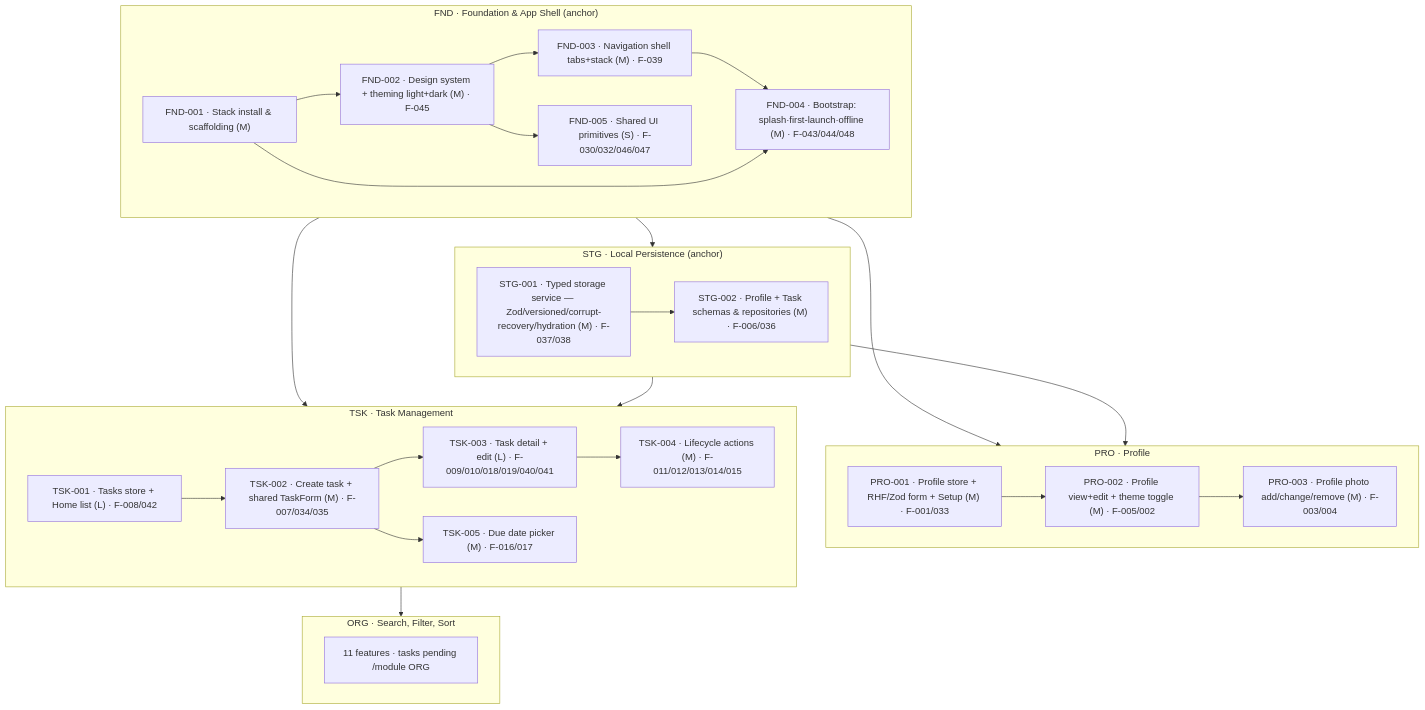
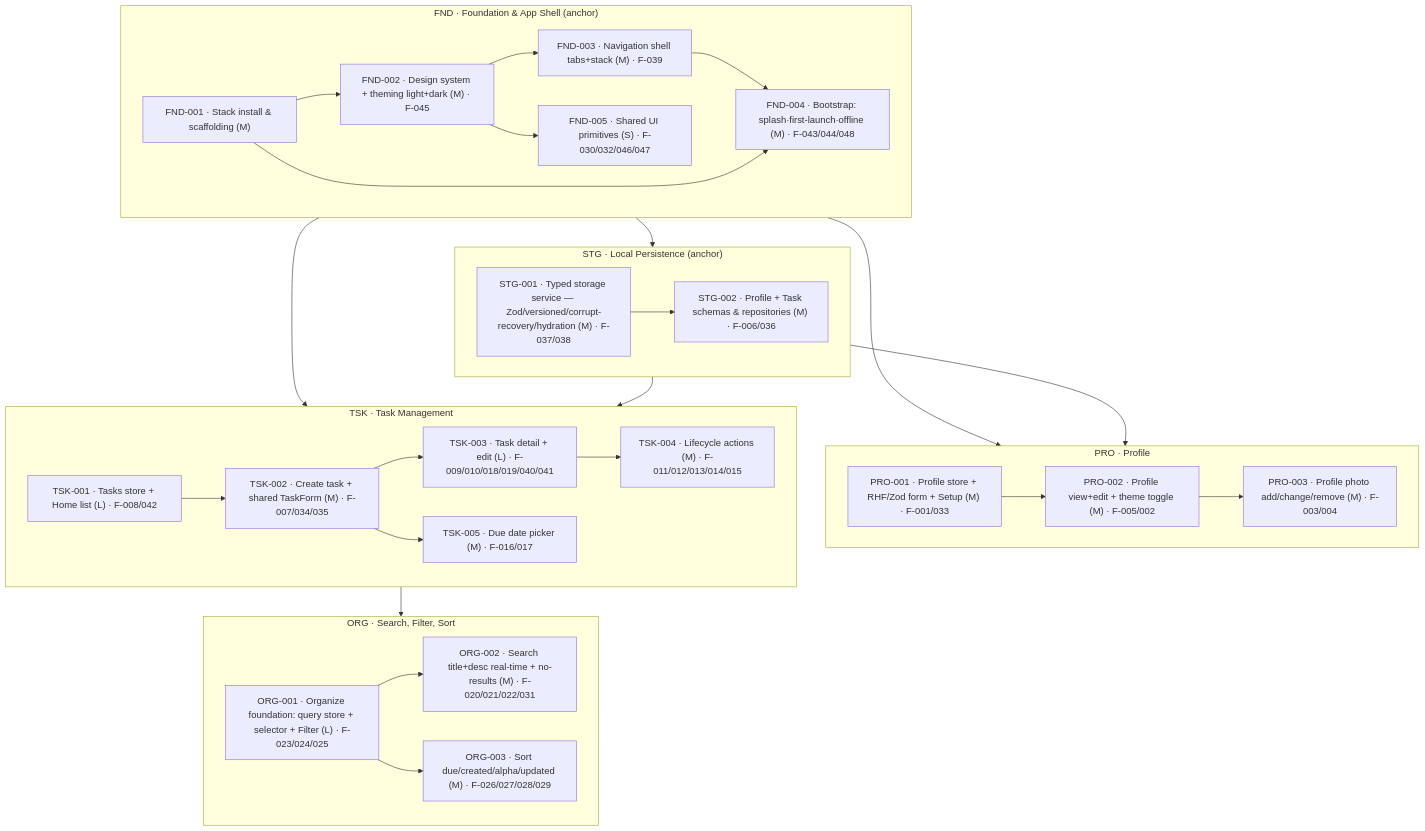
One commit to gourav-kashyap-brainspack/harness-todo-app changed the diagram in docs/graph/graph.mmd. Above: the diagram before and after it, drawn with Mermaid. The commit also changed 6 other files, not shown here.

First line of the commit message:
plan(ORG): module tasks + specs (query store/filter, search, sort) — final module

```diff
--- a/docs/graph/graph.mmd
+++ b/docs/graph/graph.mmd
@@ -1,53 +1,57 @@
 %% Task/build dependency graph — generated by the task-graph skill from docs/graph/modules.json.
 %% Module-level edges + FND task nodes (from /module FND). Other modules' tasks added by /module <id>.
 graph TD
   %% ---- Module dependency edges ----
   FND --> STG
   FND --> PRO
   FND --> TSK
   STG --> PRO
   STG --> TSK
   TSK --> ORG
 
   %% ---- FND tasks (planned) ----
   subgraph FND["FND · Foundation & App Shell (anchor)"]
     FND001["FND-001 · Stack install & scaffolding (M)"]
     FND002["FND-002 · Design system + theming light+dark (M) · F-045"]
     FND003["FND-003 · Navigation shell tabs+stack (M) · F-039"]
     FND004["FND-004 · Bootstrap: splash·first-launch·offline (M) · F-043/044/048"]
     FND005["FND-005 · Shared UI primitives (S) · F-030/032/046/047"]
     FND001 --> FND002
     FND002 --> FND003
     FND002 --> FND005
     FND003 --> FND004
     FND001 --> FND004
   end
 
   subgraph STG["STG · Local Persistence (anchor)"]
     STG001["STG-001 · Typed storage service — Zod/versioned/corrupt-recovery/hydration (M) · F-037/038"]
     STG002["STG-002 · Profile + Task schemas & repositories (M) · F-006/036"]
     STG001 --> STG002
   end
   subgraph PRO["PRO · Profile"]
     PRO001["PRO-001 · Profile store + RHF/Zod form + Setup (M) · F-001/033"]
     PRO002["PRO-002 · Profile view+edit + theme toggle (M) · F-005/002"]
     PRO003["PRO-003 · Profile photo add/change/remove (M) · F-003/004"]
     PRO001 --> PRO002
     PRO002 --> PRO003
   end
   subgraph TSK["TSK · Task Management"]
     TSK001["TSK-001 · Tasks store + Home list (L) · F-008/042"]
     TSK002["TSK-002 · Create task + shared TaskForm (M) · F-007/034/035"]
     TSK003["TSK-003 · Task detail + edit (L) · F-009/010/018/019/040/041"]
     TSK004["TSK-004 · Lifecycle actions (M) · F-011/012/013/014/015"]
     TSK005["TSK-005 · Due date picker (M) · F-016/017"]
     TSK001 --> TSK002
     TSK002 --> TSK003
     TSK003 --> TSK004
     TSK002 --> TSK005
   end
   subgraph ORG["ORG · Search, Filter, Sort"]
-    ORG_m["11 features · tasks pending /module ORG"]
+    ORG001["ORG-001 · Organize foundation: query store + selector + Filter (L) · F-023/024/025"]
+    ORG002["ORG-002 · Search title+desc real-time + no-results (M) · F-020/021/022/031"]
+    ORG003["ORG-003 · Sort due/created/alpha/updated (M) · F-026/027/028/029"]
+    ORG001 --> ORG002
+    ORG001 --> ORG003
   end
 
   %% Critical path: FND-001 -> FND-002 -> FND-003 -> FND-004. FND-005 parallel with FND-003 (group FND-pg1).
```
